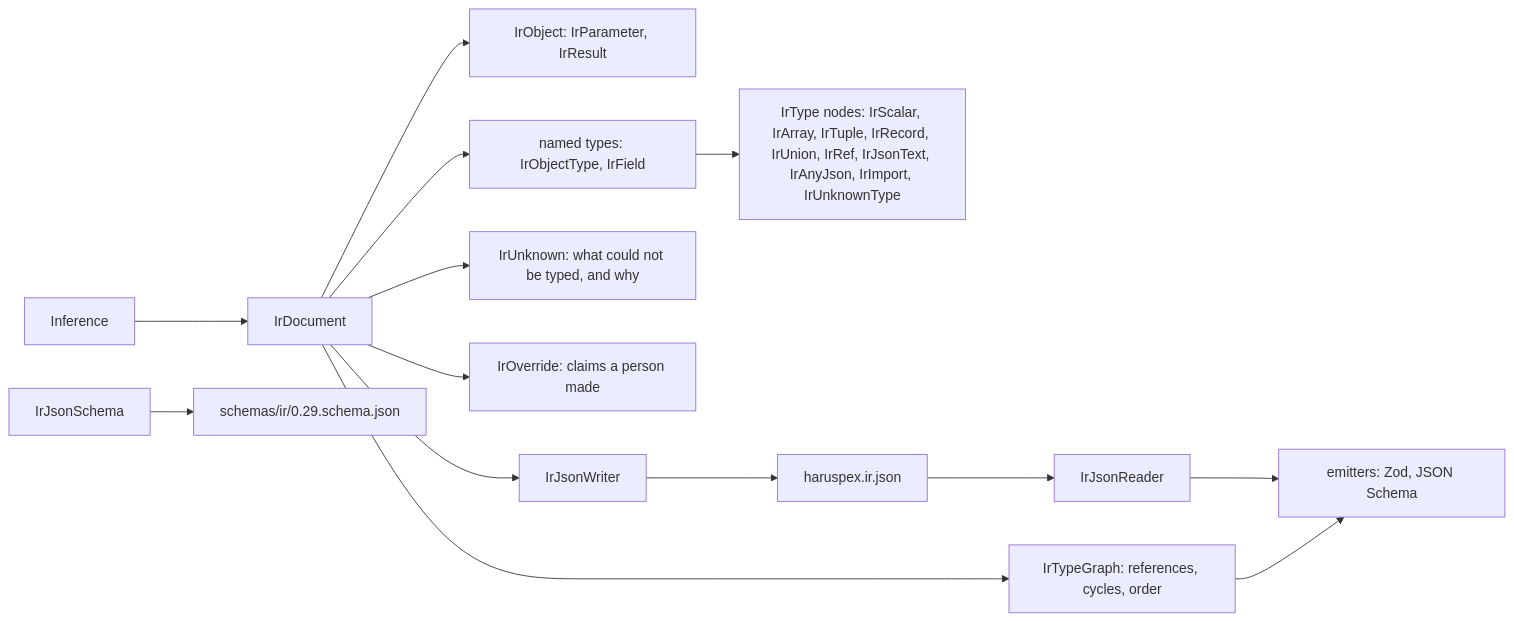
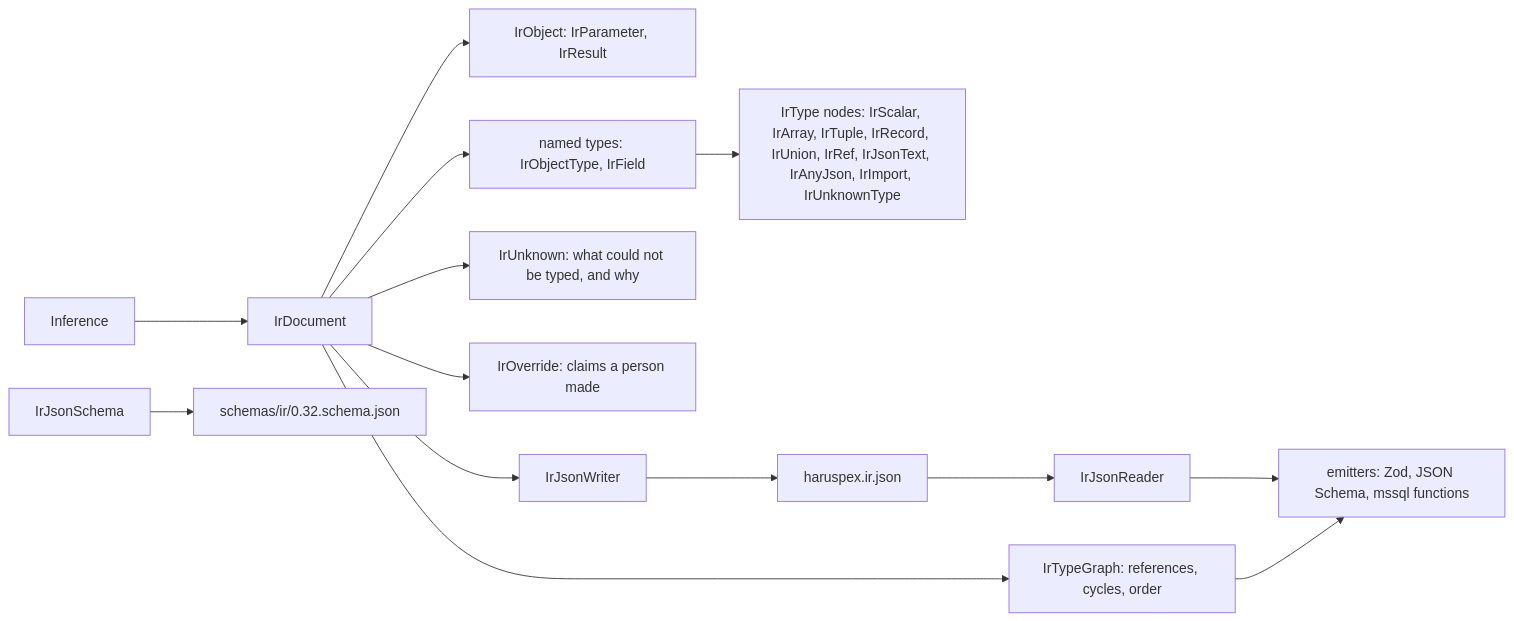
The diagram in src/Haruspex.Ir/README.md (haruspex-tools/haruspex), drawn with Mermaid before and after one commit. The commit also changed other lines of this file and 14 other files, not shown here.

````diff
--- a/src/Haruspex.Ir/README.md
+++ b/src/Haruspex.Ir/README.md
@@ -28,16 +28,16 @@
 ```mermaid
 flowchart LR
     inference["Inference"] --> document["IrDocument"]
     document --> objects["IrObject: IrParameter, IrResult"]
     document --> types["named types: IrObjectType, IrField"]
     types --> nodes["IrType nodes: IrScalar, IrArray, IrTuple, IrRecord, IrUnion, IrRef, IrJsonText, IrAnyJson, IrImport, IrUnknownType"]
     document --> unknowns["IrUnknown: what could not be typed, and why"]
     document --> overrides["IrOverride: claims a person made"]
     document --> writer["IrJsonWriter"]
     writer --> json["haruspex.ir.json"]
     json --> reader["IrJsonReader"]
-    reader --> emitters["emitters: Zod, JSON Schema"]
-    schema["IrJsonSchema"] --> published["schemas/ir/0.29.schema.json"]
+    reader --> emitters["emitters: Zod, JSON Schema, mssql functions"]
+    schema["IrJsonSchema"] --> published["schemas/ir/0.32.schema.json"]
     document --> typeGraph["IrTypeGraph: references, cycles, order"]
     typeGraph --> emitters
 ```
````
